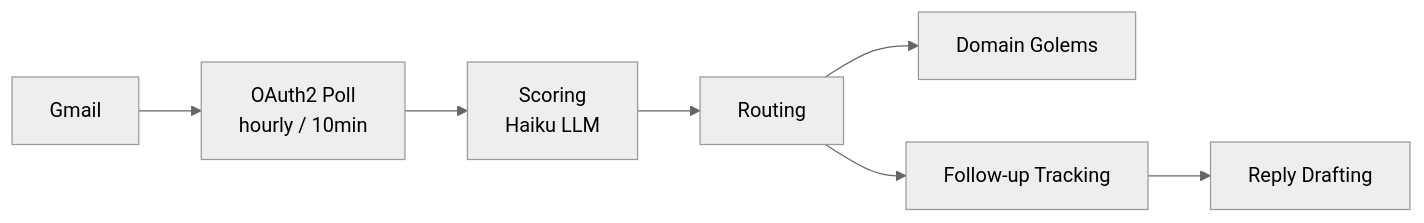
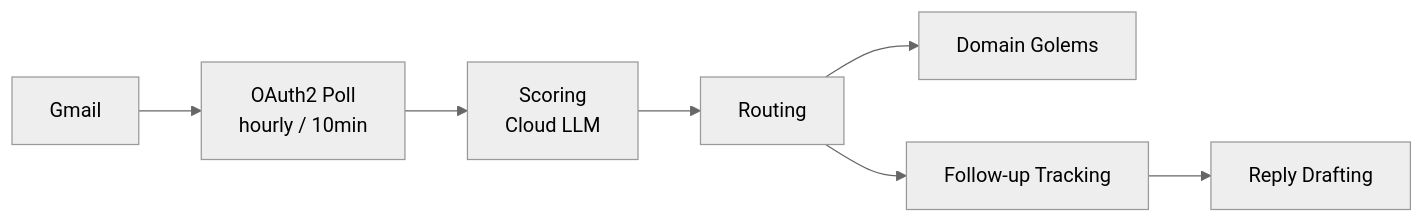
The diagram in content/golems/golems/email.md (EtanHey/etanheyman.com), drawn with Mermaid (neutral theme) before and after one commit. The commit also changed other lines of this file and 28 other files, not shown here.

````diff
--- a/content/golems/golems/email.md
+++ b/content/golems/golems/email.md
@@ -13,6 +14,6 @@
 ```mermaid
 flowchart LR
-    A[Gmail] --> B[OAuth2 Poll<br/>hourly / 10min] --> C[Scoring<br/>Haiku LLM] --> D[Routing] --> E[Domain Golems]
+    A[Gmail] --> B[OAuth2 Poll<br/>hourly / 10min] --> C[Scoring<br/>Cloud LLM] --> D[Routing] --> E[Domain Golems]
     D --> F[Follow-up Tracking]
     F --> G[Reply Drafting]
 ```
````
